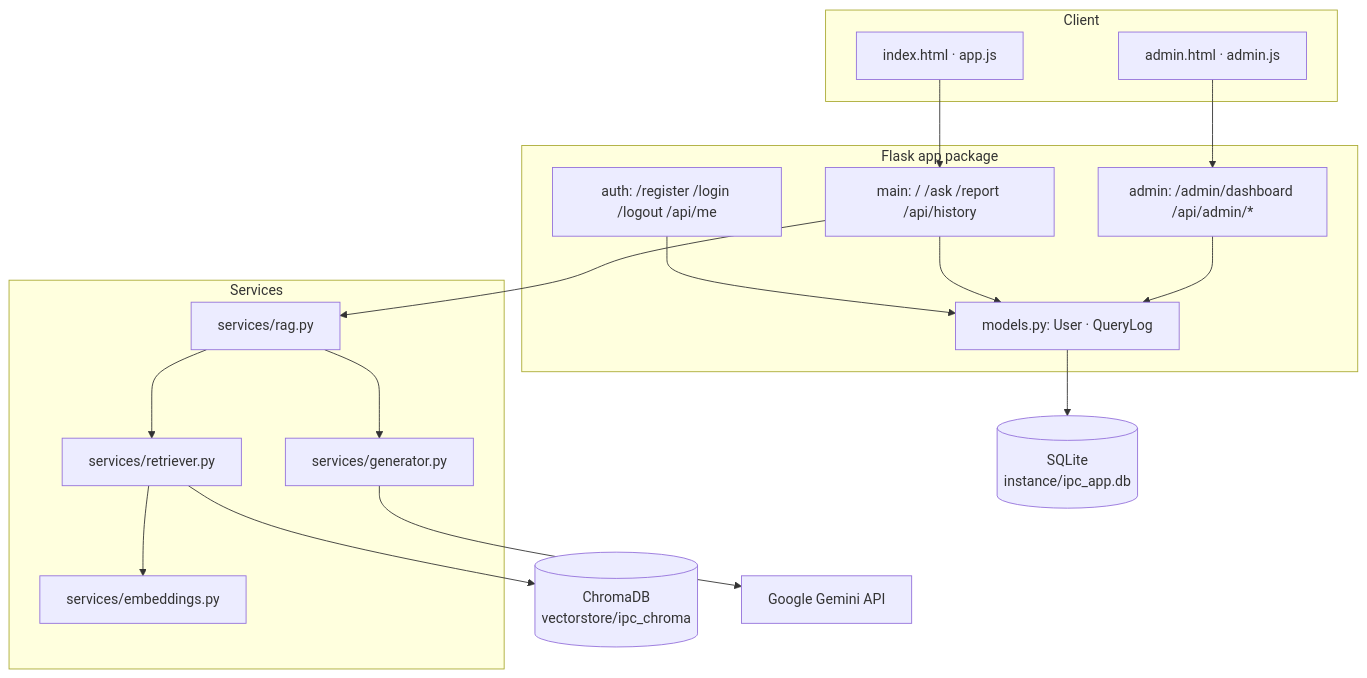
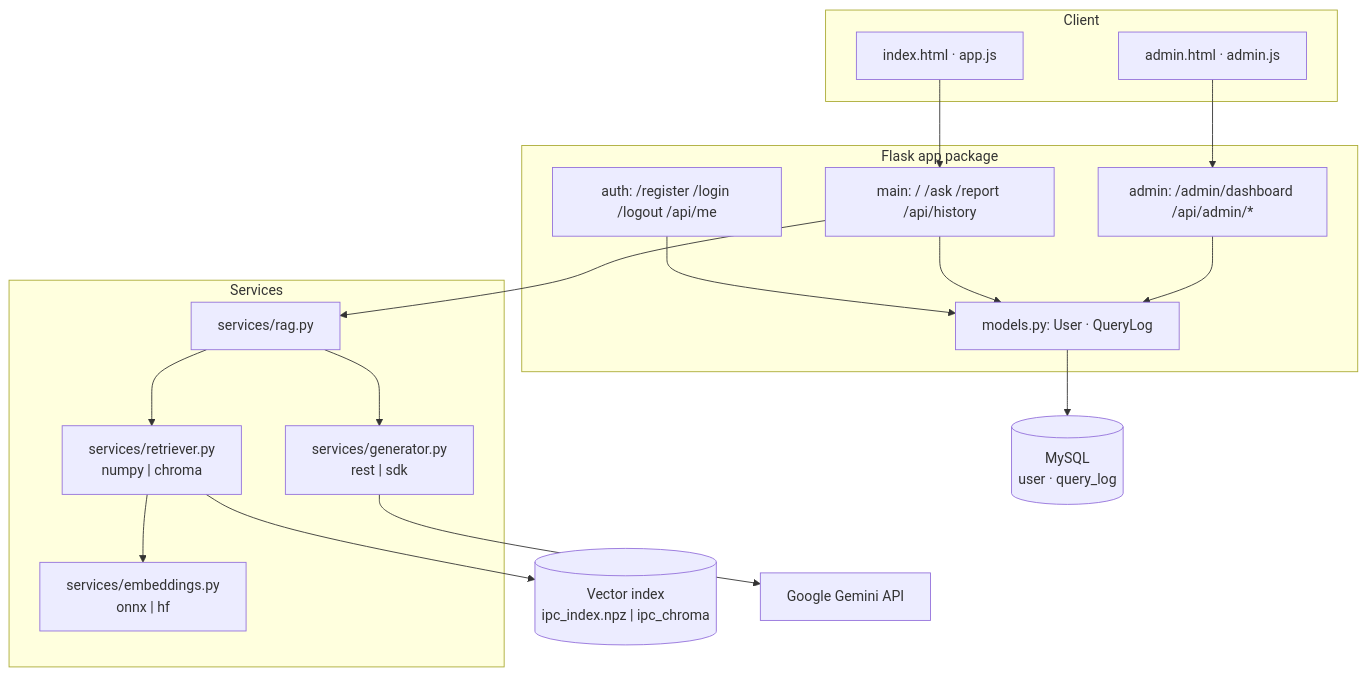
Before and after one commit to Avalanche-ag/legal-advisor-project: the diagram in README.md, drawn with Mermaid. The commit also changed other lines of this file and 10 other files, not shown here.

````diff
--- a/README.md
+++ b/README.md
@@ -29,38 +30,38 @@
 ```mermaid
 flowchart TB
     subgraph Client
         UI["index.html · app.js"]
         ADM["admin.html · admin.js"]
     end
 
     subgraph Flask["Flask app package"]
         AUTH["auth: /register /login /logout /api/me"]
         MAIN["main: / /ask /report /api/history"]
         ADMIN["admin: /admin/dashboard /api/admin/*"]
         MODELS["models.py: User · QueryLog"]
     end
 
     subgraph Services
         RAG["services/rag.py"]
-        RET["services/retriever.py"]
-        EMB["services/embeddings.py"]
-        GEN["services/generator.py"]
+        RET["services/retriever.py<br/>numpy | chroma"]
+        EMB["services/embeddings.py<br/>onnx | hf"]
+        GEN["services/generator.py<br/>rest | sdk"]
     end
 
-    DB[("SQLite<br/>instance/ipc_app.db")]
-    CH[("ChromaDB<br/>vectorstore/ipc_chroma")]
+    MYSQL[("MySQL<br/>user · query_log")]
+    IDX[("Vector index<br/>ipc_index.npz | ipc_chroma")]
     API["Google Gemini API"]
 
     UI --> MAIN
     ADM --> ADMIN
     AUTH --> MODELS
     MAIN --> MODELS
     ADMIN --> MODELS
-    MODELS --> DB
+    MODELS --> MYSQL
     MAIN --> RAG
     RAG --> RET
     RET --> EMB
-    RET --> CH
+    RET --> IDX
     RAG --> GEN
     GEN --> API
 ```
````
